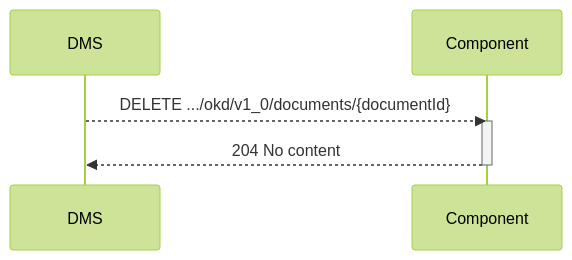
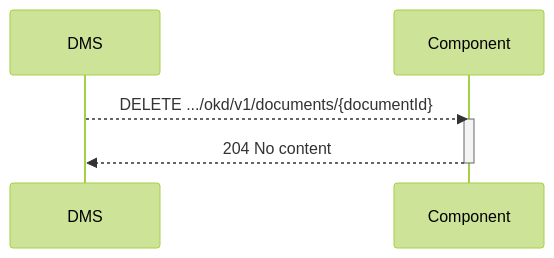
Before and after one commit to Onderwijs-Koppelingen-OKx/OKD-Document-Management: the diagram in doc/flow-6.md, drawn with Mermaid (forest theme). The commit also changed other lines of this file, not shown here.

Commit message:
Rename v1_0 to v1 for flow-6

````diff
--- a/doc/flow-6.md
+++ b/doc/flow-6.md
@@ -21,9 +21,9 @@
 ```mermaid
 sequenceDiagram
     participant DMS
     participant Component
-    DMS-->>Component: DELETE .../okd/v1_0/documents/{documentId}
+    DMS-->>Component: DELETE .../okd/v1/documents/{documentId}
     activate Component
     Component-->>DMS: 204 No content
     deactivate Component
 ```
````
